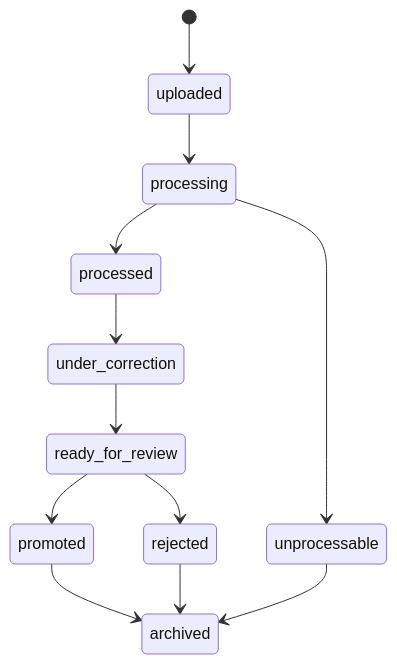
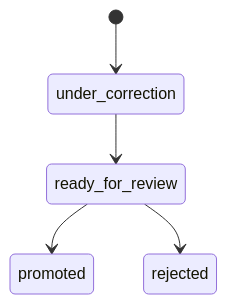
Before and after one commit to chicuongwg/WisdomTree: the third of 7 diagrams in docs/flows/state-machines.md, drawn with Mermaid. The commit also changed other lines of this file and 7 other files, not shown here.

Commit message:
docs(flows): model storage-first state machines and user flows

````diff
--- a/docs/flows/state-machines.md
+++ b/docs/flows/state-machines.md
@@ -35,14 +67,7 @@
 ```mermaid
 stateDiagram-v2
-    [*] --> uploaded
-    uploaded --> processing
-    processing --> processed
-    processing --> unprocessable
-    processed --> under_correction
+    [*] --> under_correction
     under_correction --> ready_for_review
     ready_for_review --> promoted
     ready_for_review --> rejected
-    promoted --> archived
-    rejected --> archived
-    unprocessable --> archived
 ```
````
